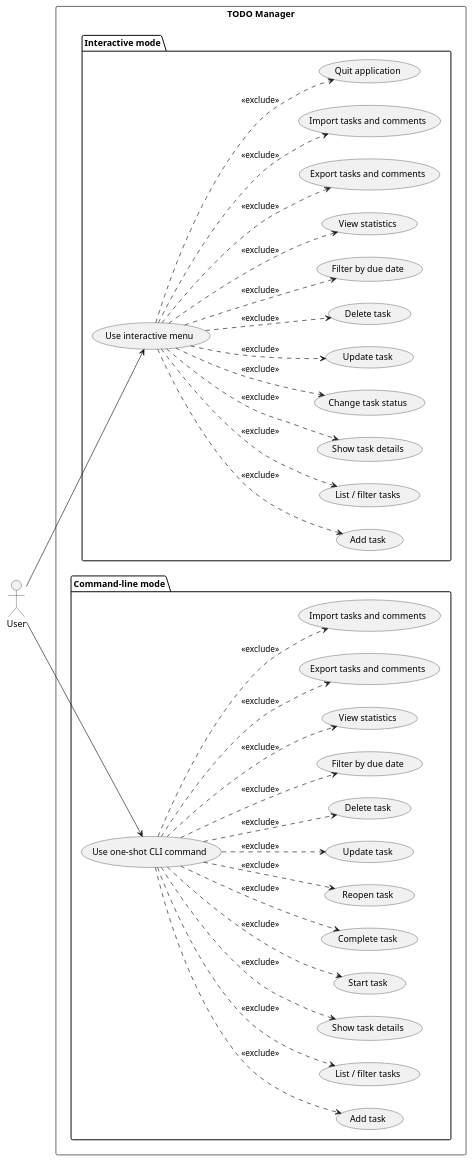
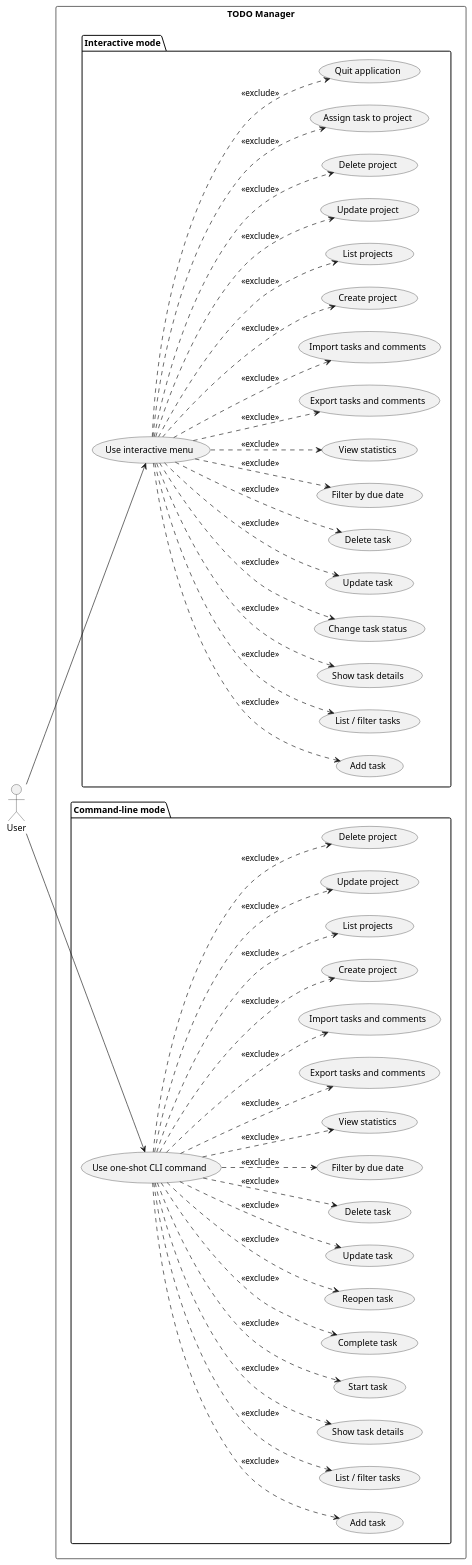
One commit to DanielRiha8906/Software_autoevolution_using_agents changed the diagram in experiments/pipeline/test_driven/TODO/artifacts/use_case_diagram.puml. Above: the diagram before and after it, drawn with PlantUML. The commit also changed 20 other files, not shown here.

First line of the commit message:
task 08 | pipeline / test_driven / TODO | Implement Project domain class and task grouping

```diff
--- a/experiments/pipeline/test_driven/TODO/artifacts/use_case_diagram.puml
+++ b/experiments/pipeline/test_driven/TODO/artifacts/use_case_diagram.puml
@@ -1,69 +1,87 @@
 @startuml use_case_diagram
 
 left to right direction
 
 actor User
 
 rectangle "TODO Manager" {
 
   package "Interactive mode" {
     usecase "Use interactive menu" as UI
     usecase "Add task" as I_ADD
     usecase "List / filter tasks" as I_LIST
     usecase "Show task details" as I_SHOW
     usecase "Change task status" as I_STATUS
     usecase "Update task" as I_UPDATE
     usecase "Delete task" as I_DELETE
     usecase "Filter by due date" as I_DUE_FILTER
     usecase "View statistics" as I_STATS
     usecase "Export tasks and comments" as I_EXPORT
     usecase "Import tasks and comments" as I_IMPORT
+    usecase "Create project" as I_CREATE_PROJ
+    usecase "List projects" as I_LIST_PROJ
+    usecase "Update project" as I_UPDATE_PROJ
+    usecase "Delete project" as I_DELETE_PROJ
+    usecase "Assign task to project" as I_ASSIGN_PROJ
     usecase "Quit application" as I_QUIT
   }
 
   package "Command-line mode" {
     usecase "Use one-shot CLI command" as CLI
     usecase "Add task" as C_ADD
     usecase "List / filter tasks" as C_LIST
     usecase "Show task details" as C_SHOW
     usecase "Start task" as C_START
     usecase "Complete task" as C_DONE
     usecase "Reopen task" as C_REOPEN
     usecase "Update task" as C_UPDATE
     usecase "Delete task" as C_DELETE
     usecase "Filter by due date" as C_DUE_FILTER
     usecase "View statistics" as C_STATS
     usecase "Export tasks and comments" as C_EXPORT
     usecase "Import tasks and comments" as C_IMPORT
+    usecase "Create project" as C_CREATE_PROJ
+    usecase "List projects" as C_LIST_PROJ
+    usecase "Update project" as C_UPDATE_PROJ
+    usecase "Delete project" as C_DELETE_PROJ
   }
 }
 
 User --> UI
 User --> CLI
 
 UI ..> I_ADD        : <<exclude>>
 UI ..> I_LIST       : <<exclude>>
 UI ..> I_SHOW       : <<exclude>>
 UI ..> I_STATUS     : <<exclude>>
 UI ..> I_UPDATE     : <<exclude>>
 UI ..> I_DELETE     : <<exclude>>
 UI ..> I_DUE_FILTER : <<exclude>>
 UI ..> I_STATS      : <<exclude>>
 UI ..> I_EXPORT     : <<exclude>>
 UI ..> I_IMPORT     : <<exclude>>
+UI ..> I_CREATE_PROJ : <<exclude>>
+UI ..> I_LIST_PROJ  : <<exclude>>
+UI ..> I_UPDATE_PROJ : <<exclude>>
+UI ..> I_DELETE_PROJ : <<exclude>>
+UI ..> I_ASSIGN_PROJ : <<exclude>>
 UI ..> I_QUIT       : <<exclude>>
 
 CLI ..> C_ADD        : <<exclude>>
 CLI ..> C_LIST       : <<exclude>>
 CLI ..> C_SHOW       : <<exclude>>
 CLI ..> C_START      : <<exclude>>
 CLI ..> C_DONE       : <<exclude>>
 CLI ..> C_REOPEN     : <<exclude>>
 CLI ..> C_UPDATE     : <<exclude>>
 CLI ..> C_DELETE     : <<exclude>>
 CLI ..> C_DUE_FILTER : <<exclude>>
 CLI ..> C_STATS      : <<exclude>>
 CLI ..> C_EXPORT     : <<exclude>>
 CLI ..> C_IMPORT     : <<exclude>>
+CLI ..> C_CREATE_PROJ : <<exclude>>
+CLI ..> C_LIST_PROJ  : <<exclude>>
+CLI ..> C_UPDATE_PROJ : <<exclude>>
+CLI ..> C_DELETE_PROJ : <<exclude>>
 
 @enduml
```
